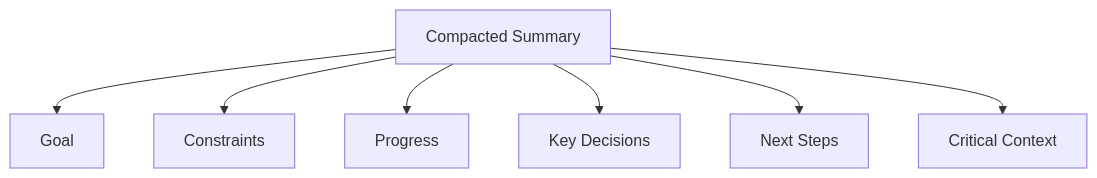
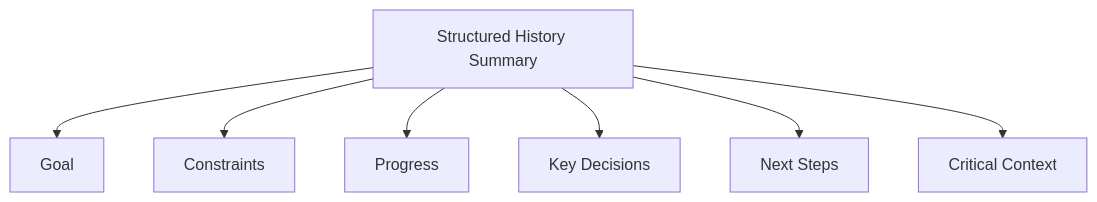
One commit to cofly-io/xClaw changed the ninth of 9 diagrams in docs/context.en.md. Above: the diagram before and after it, drawn with Mermaid. The commit also changed other lines of this file and 226 other files, not shown here.

````diff
--- a/docs/context.en.md
+++ b/docs/context.en.md
@@ -182,9 +242,9 @@
 ```mermaid
 graph TB
-    A[Compacted Summary] --> B[Goal]
+    A[Structured History Summary] --> B[Goal]
     A --> C[Constraints]
     A --> D[Progress]
     A --> E[Key Decisions]
     A --> F[Next Steps]
     A --> G[Critical Context]
 ```
````
